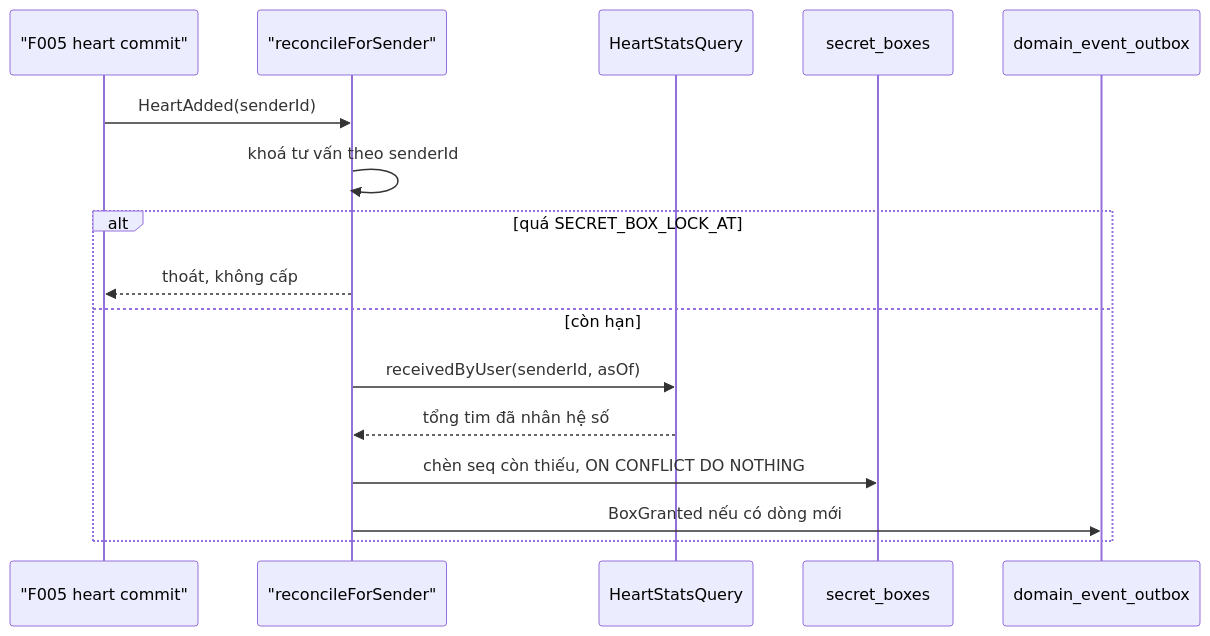
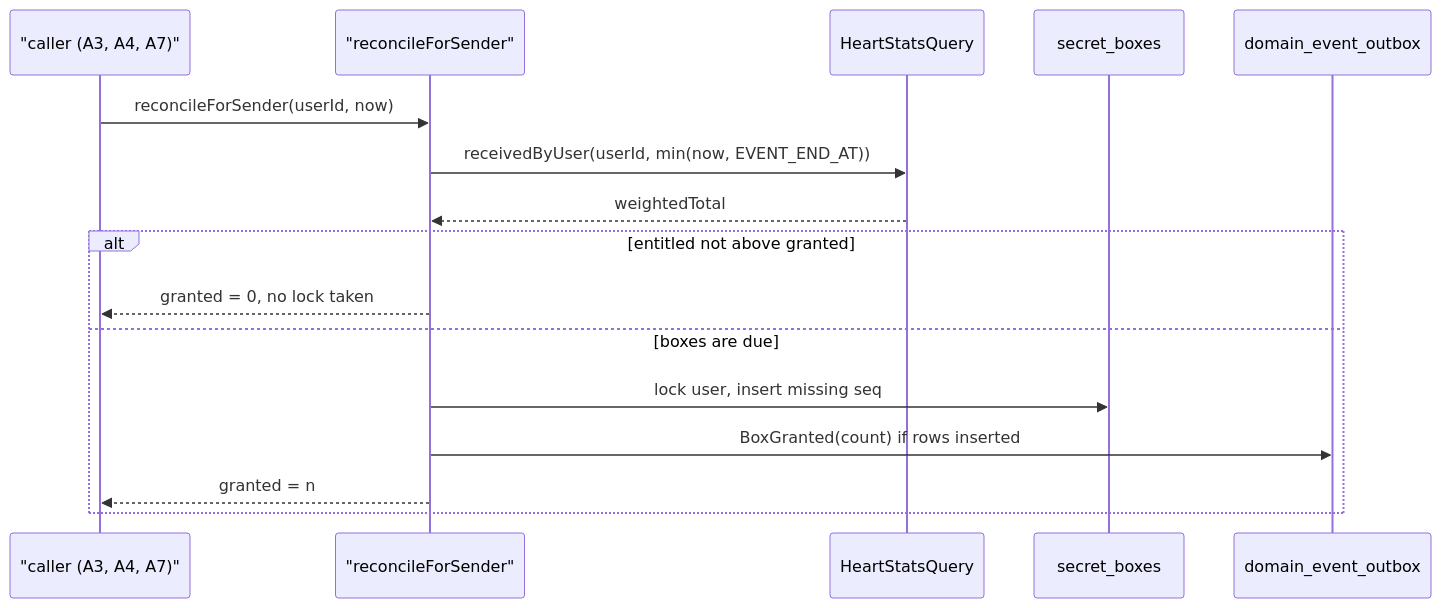
Before and after one commit to hailv-3571/agentic-coding-hands-on: the third of 11 diagrams in docs/features/F010_SecretBoxRewards/technical-spec.md, drawn with Mermaid. The commit also changed other lines of this file and 152 other files, not shown here.

````diff
--- a/docs/features/F010_SecretBoxRewards/technical-spec.md
+++ b/docs/features/F010_SecretBoxRewards/technical-spec.md
@@ -89,18 +119,18 @@
 ```mermaid
 sequenceDiagram
-    participant H as "F005 heart commit"
+    participant C as "caller (A3, A4, A7)"
     participant G as "reconcileForSender"
     participant S as HeartStatsQuery
     participant D as secret_boxes
     participant O as domain_event_outbox
-    H->>G: HeartAdded(senderId)
-    G->>G: khoá tư vấn theo senderId
-    alt quá SECRET_BOX_LOCK_AT
-        G-->>H: thoát, không cấp
-    else còn hạn
-        G->>S: receivedByUser(senderId, asOf)
-        S-->>G: tổng tim đã nhân hệ số
-        G->>D: chèn seq còn thiếu, ON CONFLICT DO NOTHING
-        G->>O: BoxGranted nếu có dòng mới
+    C->>G: reconcileForSender(userId, now)
+    G->>S: receivedByUser(userId, min(now, EVENT_END_AT))
+    S-->>G: weightedTotal
+    alt entitled not above granted
+        G-->>C: granted = 0, no lock taken
+    else boxes are due
+        G->>D: lock user, insert missing seq
+        G->>O: BoxGranted(count) if rows inserted
+        G-->>C: granted = n
     end
 ```
````
